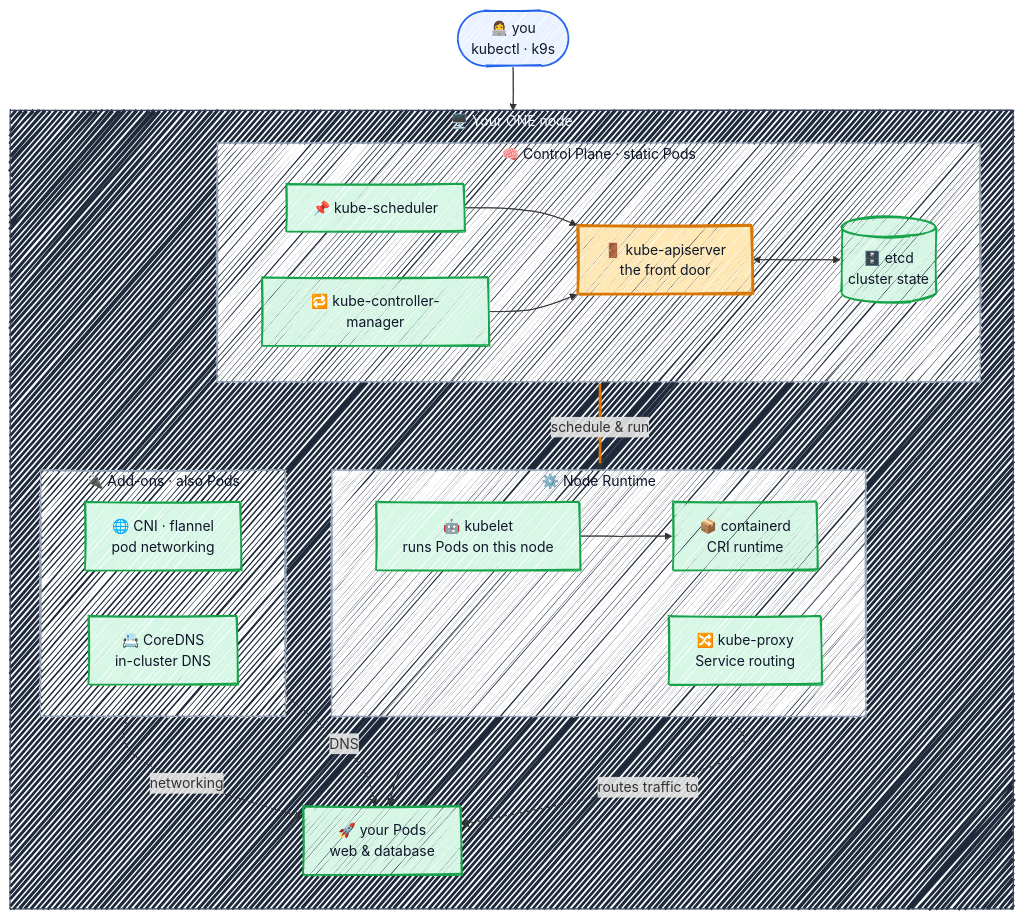
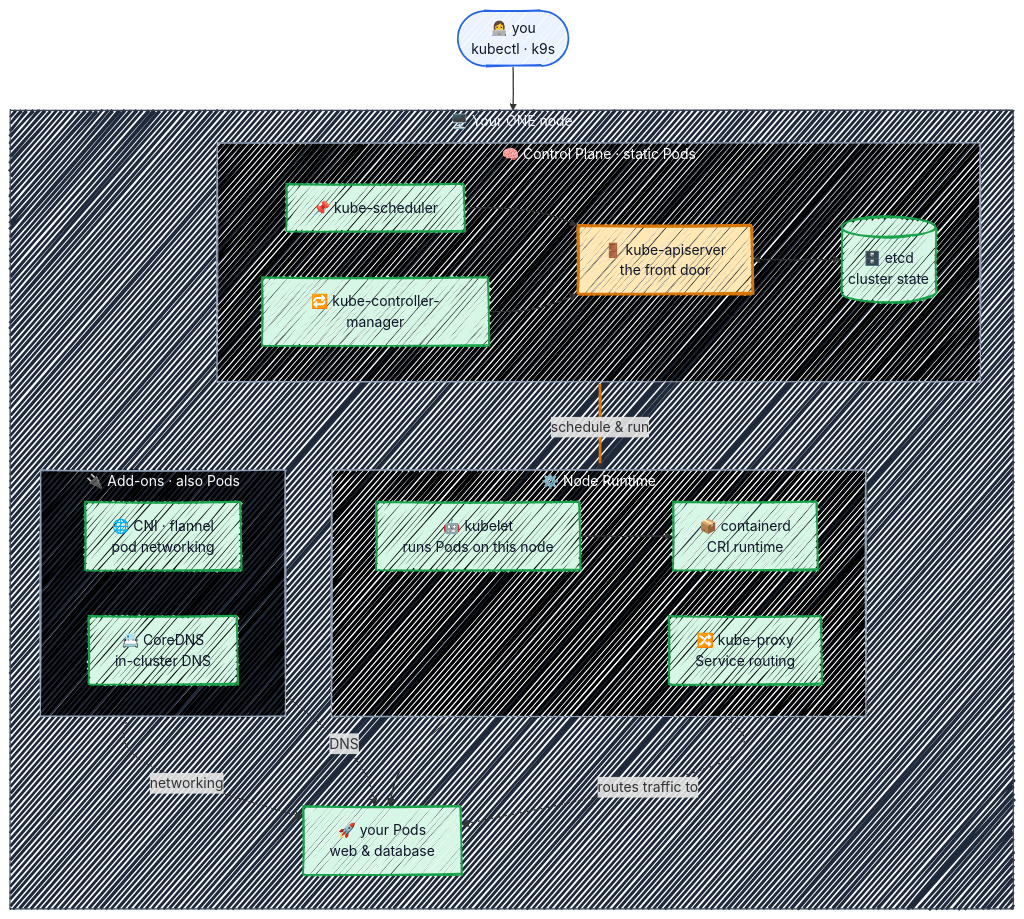
One commit to r97221004/k8s-tutorial changed the diagram in README.md. Above: the diagram before and after it, drawn with Mermaid.

Commit message:
docs: switch diagram subgraphs to solid black fill
AS IS: the cp/runtime/addons subgraph boxes rendered with a hand-drawn
hachure (diagonal line) fill from the diagram's handDrawn look, and
used a light background that didn't stand out

TO BE: set fillStyle:solid to drop the hachure pattern, and switch
cp/runtime/addons to a solid black background with white text to
match the host box's dark styling

TASK # N/A

````diff
--- a/README.md
+++ b/README.md
@@ -28,63 +28,63 @@
 ```mermaid
 ---
 config:
   look: handDrawn
   theme: default
   themeVariables:
     fontFamily: '"Comic Sans MS", "Comic Sans", "Segoe Print", "Bradley Hand", cursive'
     clusterBkg: '#FAFAFA'
     clusterBorder: '#94A3B8'
 ---
 flowchart TB
     you(["👩‍💻 you<br/>kubectl · k9s"])
 
     subgraph host["🖥️ Your ONE node"]
         direction TB
 
         subgraph cp["🧠 Control Plane · static Pods"]
             direction LR
             sched["📌 kube-scheduler"]
             kcm["🔁 kube-controller-manager"]
             api["🚪 kube-apiserver<br/>the front door"]
             etcd[("🗄️ etcd<br/>cluster state")]
             sched --> api
             kcm --> api
             api <--> etcd
         end
 
         subgraph runtime["⚙️ Node Runtime"]
             direction LR
             kubelet["🤖 kubelet<br/>runs Pods on this node"]
             cri["📦 containerd<br/>CRI runtime"]
             proxy["🔀 kube-proxy<br/>Service routing"]
         end
 
         pods["🚀 your Pods<br/>web &amp; database"]
 
         subgraph addons["🔌 Add-ons · also Pods"]
             direction LR
             cni["🌐 CNI · flannel<br/>pod networking"]
             dns["📇 CoreDNS<br/>in-cluster DNS"]
         end
 
         kubelet --> cri --> pods
         proxy -. routes traffic to .-> pods
         cni -. networking .-> pods
         dns -. DNS .-> pods
     end
 
     you --> api
     api ==>|"schedule &amp; run"| kubelet
 
     classDef ctrl fill:#EAF2FF,stroke:#2563EB,stroke-width:2px,color:#0F172A
     classDef eng fill:#FFE8B3,stroke:#D97706,stroke-width:3px,color:#0F172A
     classDef tgt fill:#D7F7E6,stroke:#16A34A,stroke-width:2px,color:#0F172A
     class you ctrl
     class api eng
     class etcd,sched,kcm,kubelet,proxy,cri,pods,cni,dns tgt
     linkStyle 9 stroke:#D97706,stroke-width:3px
-    style host fill:#1E293B,stroke:#334155,color:#F1F5F9
-    style cp fill:#FFFFFF,stroke:#94A3B8,color:#0F172A
-    style runtime fill:#FFFFFF,stroke:#94A3B8,color:#0F172A
-    style addons fill:#FFFFFF,stroke:#94A3B8,color:#0F172A
+    style host fill:#1E293B,stroke:#334155,color:#F1F5F9,fillStyle:solid
+    style cp fill:#000000,stroke:#94A3B8,color:#FFFFFF,fillStyle:solid
+    style runtime fill:#000000,stroke:#94A3B8,color:#FFFFFF,fillStyle:solid
+    style addons fill:#000000,stroke:#94A3B8,color:#FFFFFF,fillStyle:solid
 ```
````
